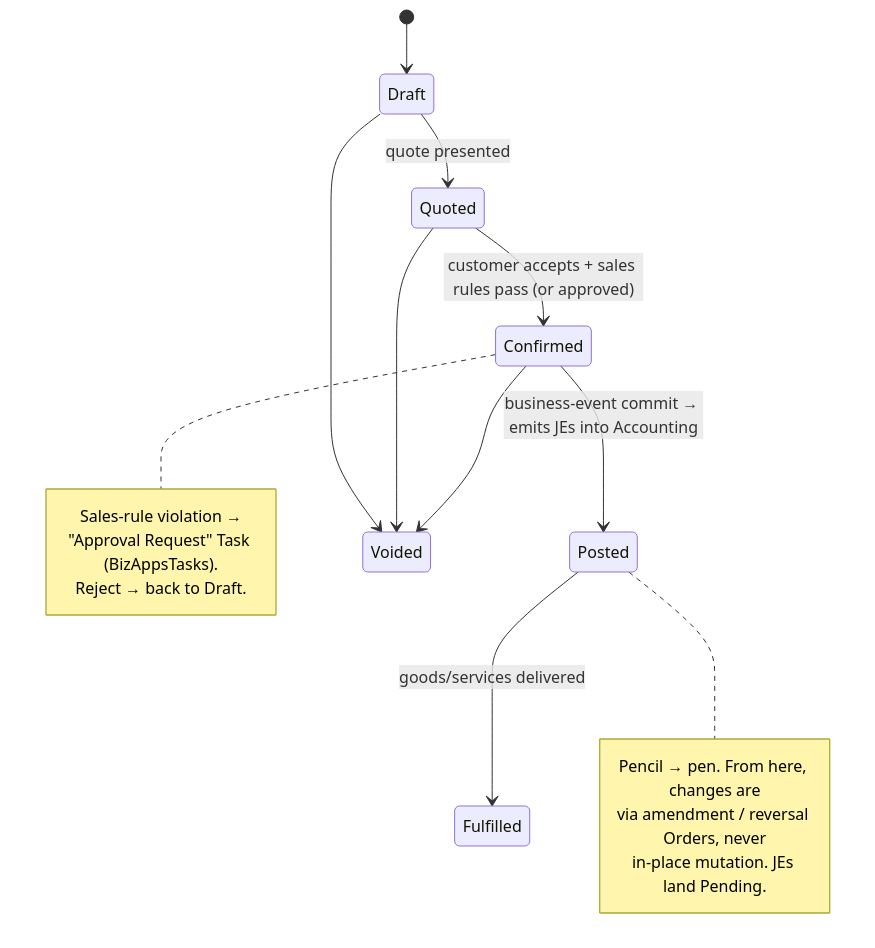
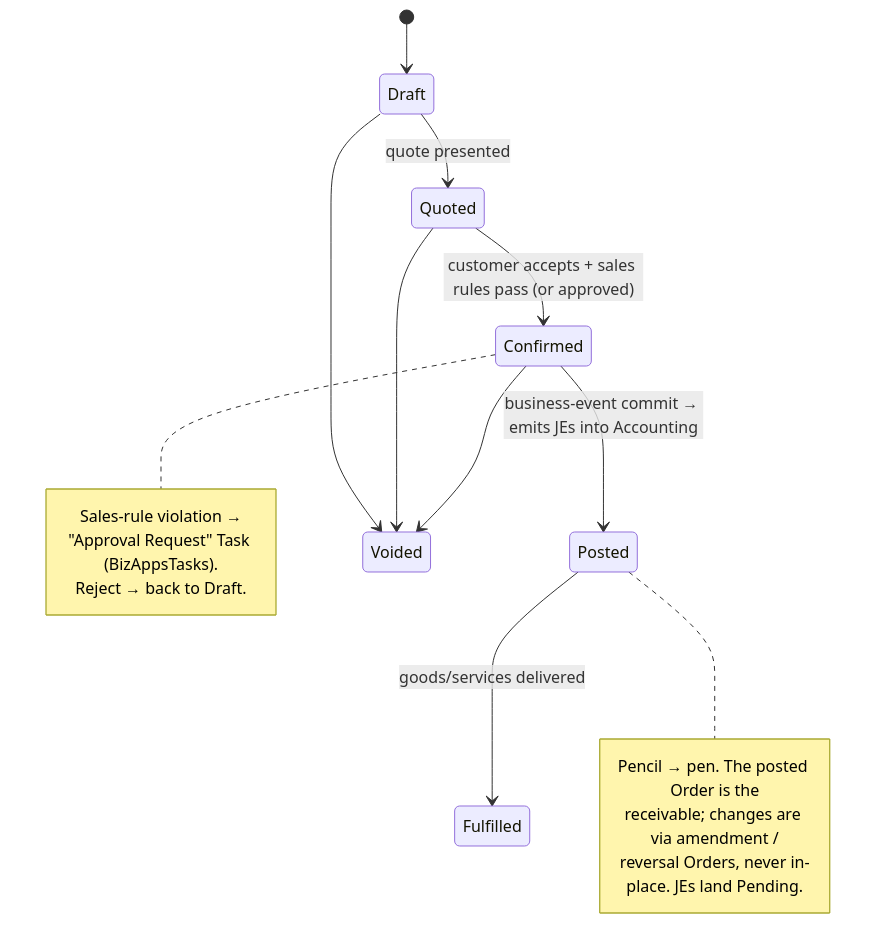
Before and after one commit to MemberJunction/bizapps-orders: the diagram in README.md, drawn with Mermaid. The commit also changed other lines of this file, not shown here.

````diff
--- a/README.md
+++ b/README.md
@@ -171,23 +202,23 @@
 ```mermaid
 stateDiagram-v2
     [*] --> Draft
     Draft --> Quoted: quote presented
     Quoted --> Confirmed: customer accepts + sales rules pass (or approved)
     Confirmed --> Posted: business-event commit → emits JEs into Accounting
     Posted --> Fulfilled: goods/services delivered
     Draft --> Voided
     Quoted --> Voided
     Confirmed --> Voided
 
     note right of Confirmed
       Sales-rule violation →
       "Approval Request" Task (BizAppsTasks).
       Reject → back to Draft.
     end note
 
     note right of Posted
-      Pencil → pen. From here, changes are
-      via amendment / reversal Orders, never
-      in-place mutation. JEs land Pending.
+      Pencil → pen. The posted Order is the
+      receivable; changes are via amendment /
+      reversal Orders, never in-place. JEs land Pending.
     end note
 ```
````
